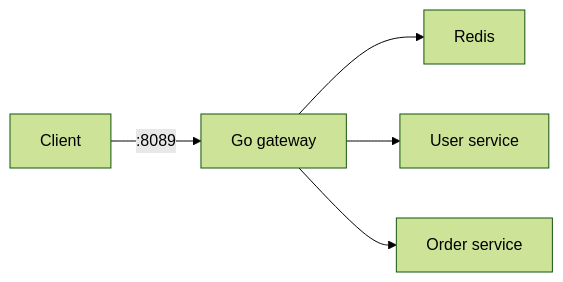
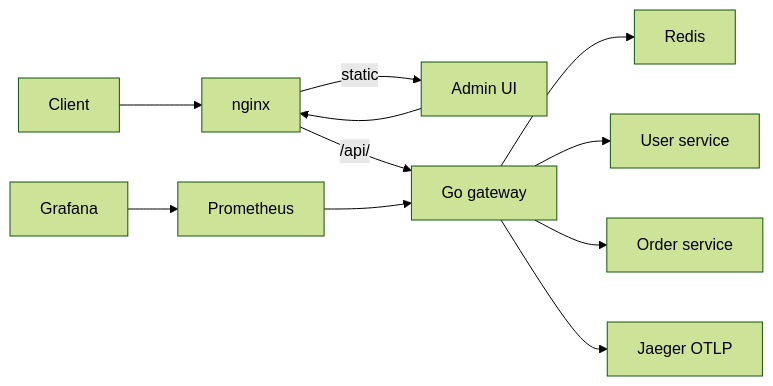
The diagram in README.md (Matthew-Ing/MI_API_Gateway), drawn with Mermaid (forest theme) before and after one commit. The commit also changed other lines of this file and 7 other files, not shown here.

````diff
--- a/README.md
+++ b/README.md
@@ -9,7 +9,13 @@
 ```mermaid
 flowchart LR
-  client[Client] -->|":8089"| gateway[Go gateway]
+  client[Client] --> nginx
+  adminUI[Admin UI] --> nginx
+  nginx -->|"/api/"| gateway[Go gateway]
+  nginx -->|static| adminUI
   gateway --> redis[Redis]
   gateway --> users[User service]
   gateway --> orders[Order service]
+  gateway --> jaeger[Jaeger OTLP]
+  prometheus[Prometheus] --> gateway
+  grafana[Grafana] --> prometheus
 ```
````
